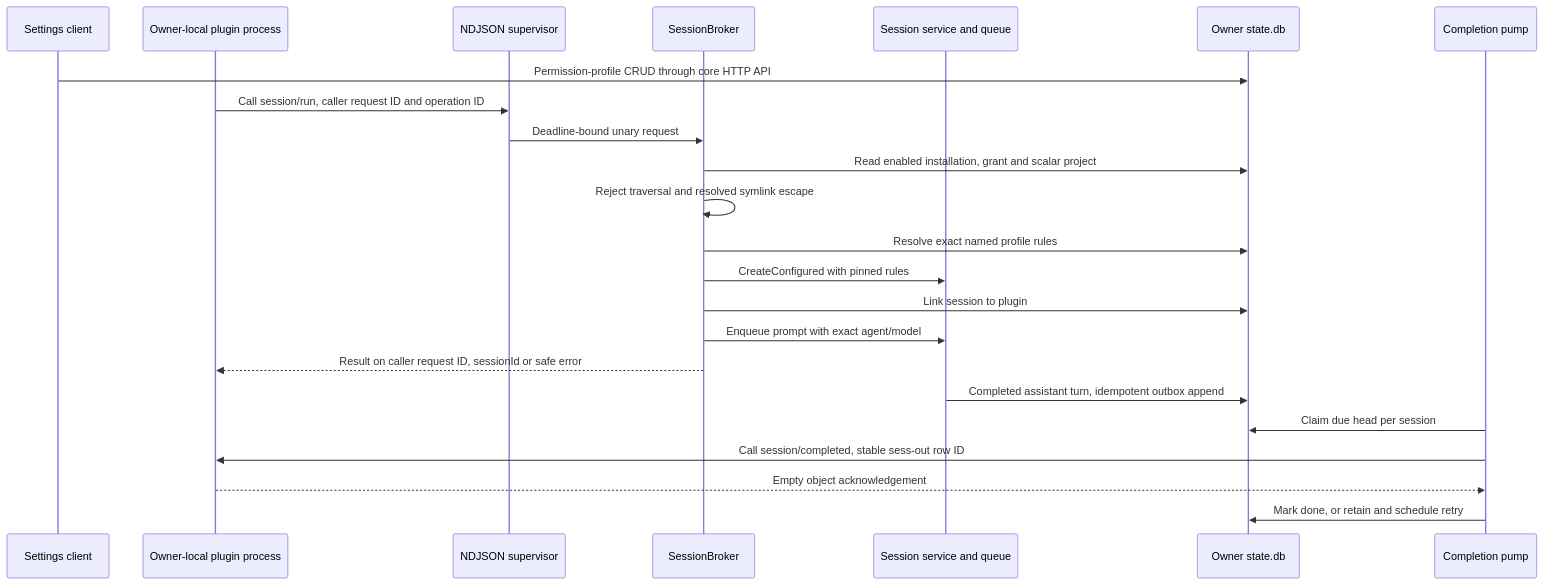
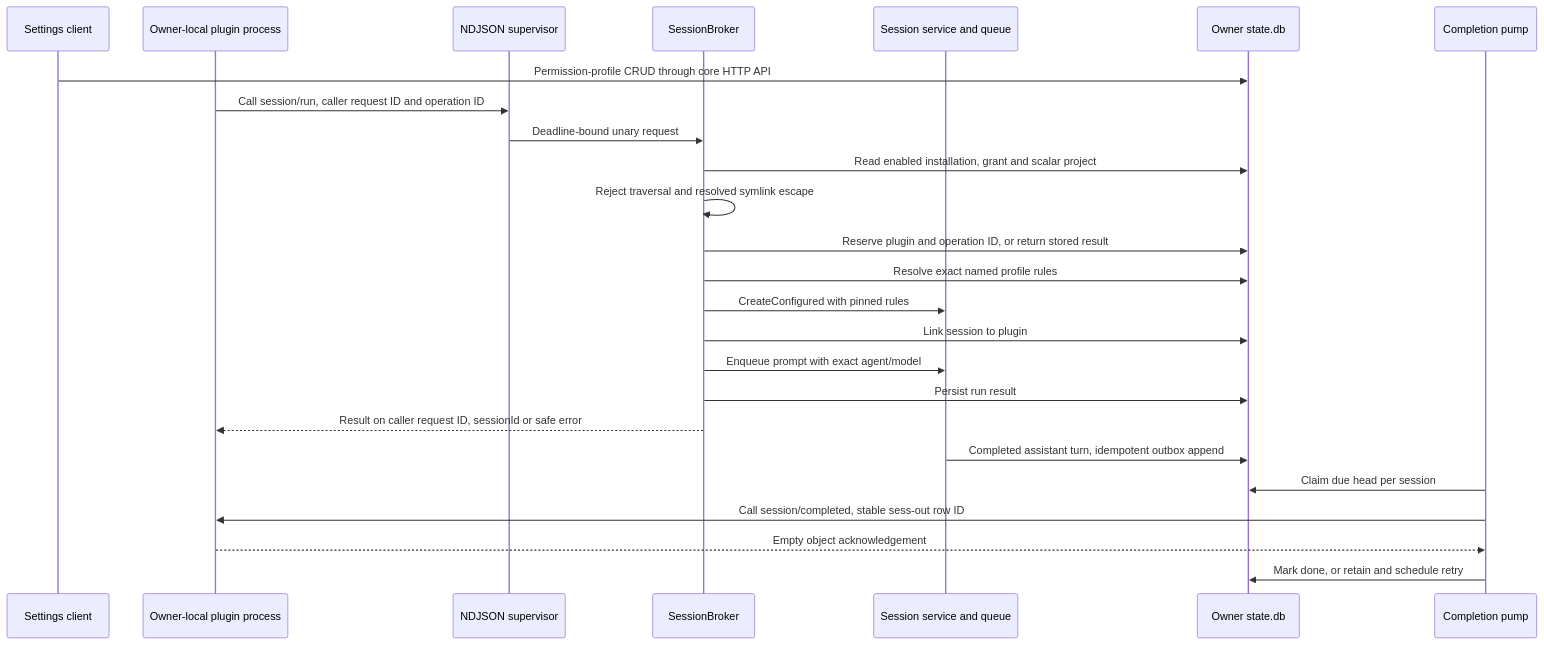
Before and after one commit to ocman/ocman: the sixth of 6 diagrams in docs/other/architecture.md, drawn with Mermaid. The commit also changed other lines of this file and 24 other files, not shown here.

````diff
--- a/docs/other/architecture.md
+++ b/docs/other/architecture.md
@@ -1234,26 +1234,28 @@
 ```mermaid
 sequenceDiagram
     participant U as Settings client
     participant P as Owner-local plugin process
     participant T as NDJSON supervisor
     participant B as SessionBroker
     participant S as Session service and queue
     participant D as Owner state.db
     participant O as Completion pump
 
     U->>D: Permission-profile CRUD through core HTTP API
     P->>T: Call session/run, caller request ID and operation ID
     T->>B: Deadline-bound unary request
     B->>D: Read enabled installation, grant and scalar project
     B->>B: Reject traversal and resolved symlink escape
+    B->>D: Reserve plugin and operation ID, or return stored result
     B->>D: Resolve exact named profile rules
     B->>S: CreateConfigured with pinned rules
     B->>D: Link session to plugin
     B->>S: Enqueue prompt with exact agent/model
+    B->>D: Persist run result
     B-->>P: Result on caller request ID, sessionId or safe error
     S->>D: Completed assistant turn, idempotent outbox append
     O->>D: Claim due head per session
     O->>P: Call session/completed, stable sess-out row ID
     P-->>O: Empty object acknowledgement
     O->>D: Mark done, or retain and schedule retry
 ```
````
